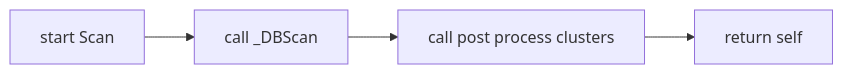
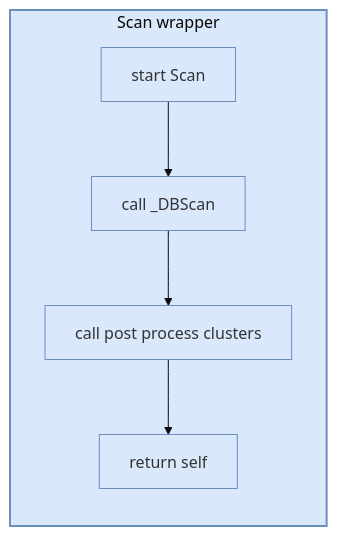
Before and after one commit to Gh0st352/AETHR: the sixth of 12 diagrams in docs/ai/dbscan.md, drawn with Mermaid. The commit also changed other lines of this file and 2 other files, not shown here.

Commit message:
docs: enhance diagrams in README, data_structures, and dbscan with subgraphs, improved styles, and readability adjustments

````diff
--- a/docs/ai/dbscan.md
+++ b/docs/ai/dbscan.md
@@ -72,6 +125,12 @@
 ```mermaid
+%%{init: {"theme":"base"}}%%
 flowchart LR
-  S0[start Scan] --> S1[call _DBScan]
-  S1 --> S2[call post process clusters]
-  S2 --> S3[return self]
+  subgraph SCANWRAP [Scan wrapper]
+    style SCANWRAP fill:#dae8fc,stroke:#6c8ebf,stroke-width:2px
+    S0[start Scan] --> S1[call _DBScan]
+    S1 --> S2[call post process clusters]
+    S2 --> S3[return self]
+  end
+  classDef scanwrap fill:#dae8fc,stroke:#6c8ebf
+  class S0,S1,S2,S3 scanwrap
 ```
````
